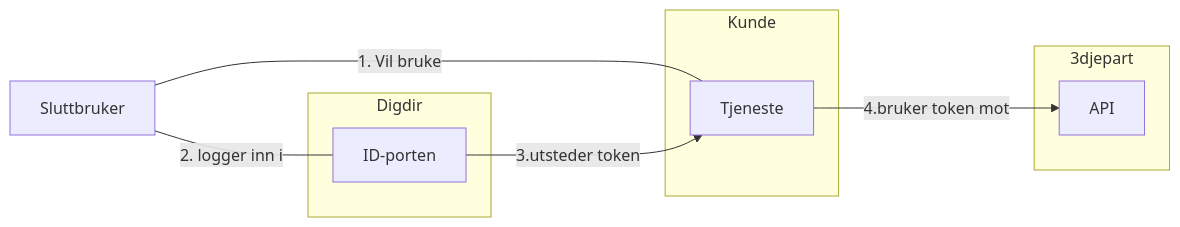
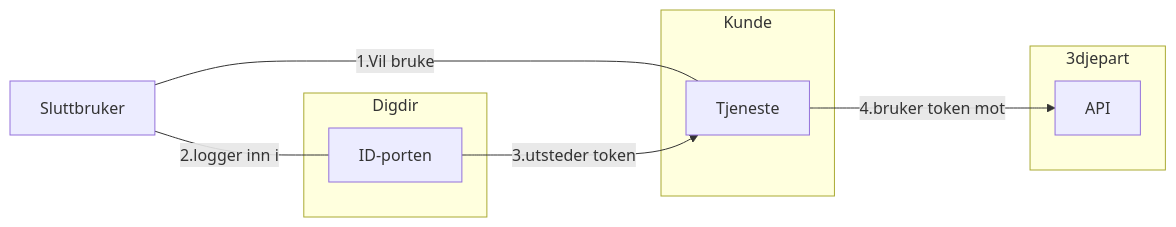
The first of 2 diagrams in _docs/idporten/oidc/oidc_auth_oauth2.md (felleslosninger/docs), drawn with Mermaid before and after one commit.

Commit message:
Update oidc_auth_oauth2.md
Endret markdown for diagram for å unngå feilmelding «Unsupported markdown: list»

```diff
--- a/_docs/idporten/oidc/oidc_auth_oauth2.md
+++ b/_docs/idporten/oidc/oidc_auth_oauth2.md
@@ -27,16 +27,16 @@
  <div class="mermaid">
  graph LR
    subgraph 3djepart
      API
    end
    subgraph Digdir
      OIDC[ID-porten]
    end
    subgraph Kunde
       ny[Tjeneste]
    end
-   Sluttbruker ---|1. Vil bruke|ny
+   Sluttbruker ---|1.Vil bruke|ny
    OIDC -->|3.utsteder token|ny
-   Sluttbruker ---|2. logger inn i  |OIDC
+   Sluttbruker ---|2.logger inn i  |OIDC
    ny -->|4.bruker token mot|API
  </div>
```
